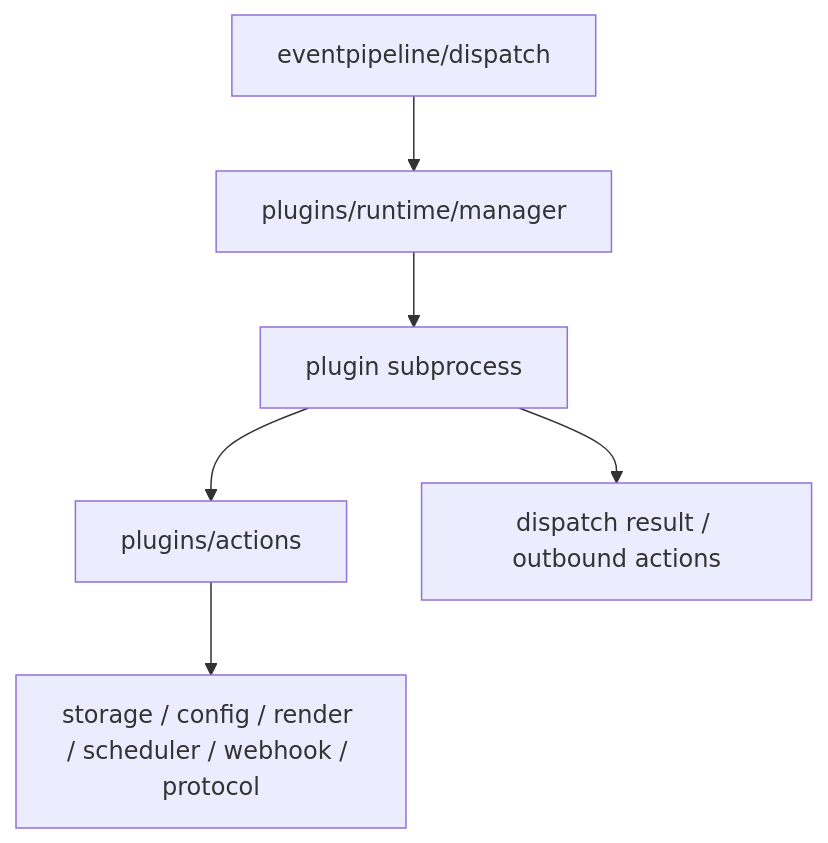
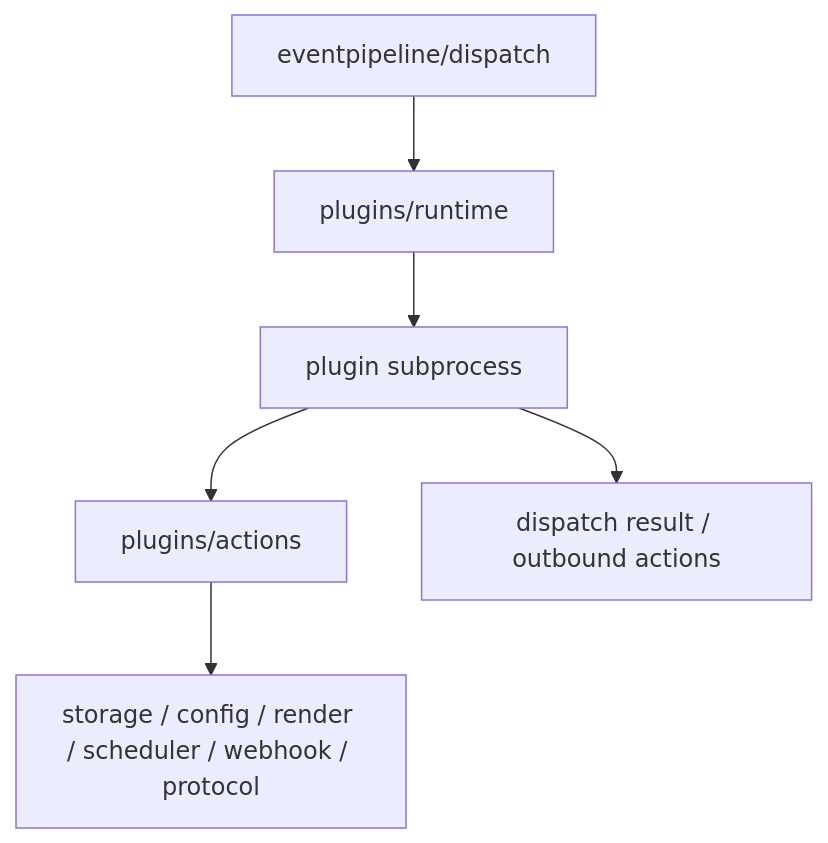
One commit to RayleaBot/RayleaBot changed the second of 2 diagrams in docs/architecture/plugin-runtime.md. Above: the diagram before and after it, drawn with Mermaid. The commit also changed other lines of this file and 6 other files, not shown here.

````diff
--- a/docs/architecture/plugin-runtime.md
+++ b/docs/architecture/plugin-runtime.md
@@ -25,8 +25,8 @@
 ```mermaid
 flowchart TD
-  dispatcher["eventpipeline/dispatch"] --> runtime["plugins/runtime/manager"]
+  dispatcher["eventpipeline/dispatch"] --> runtime["plugins/runtime"]
   runtime --> plugin["plugin subprocess"]
   plugin --> localaction["plugins/actions"]
   localaction --> service["storage / config / render / scheduler / webhook / protocol"]
   plugin --> result["dispatch result / outbound actions"]
 ```
````
